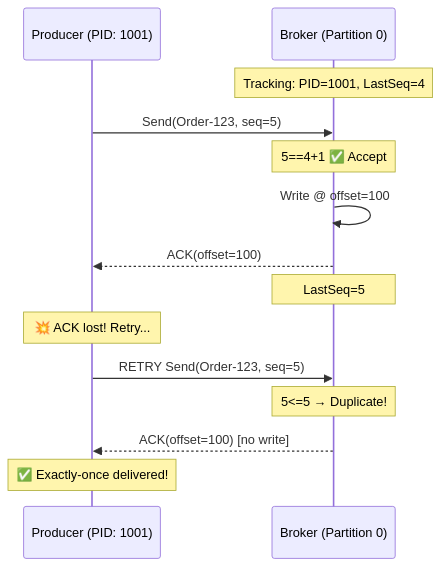
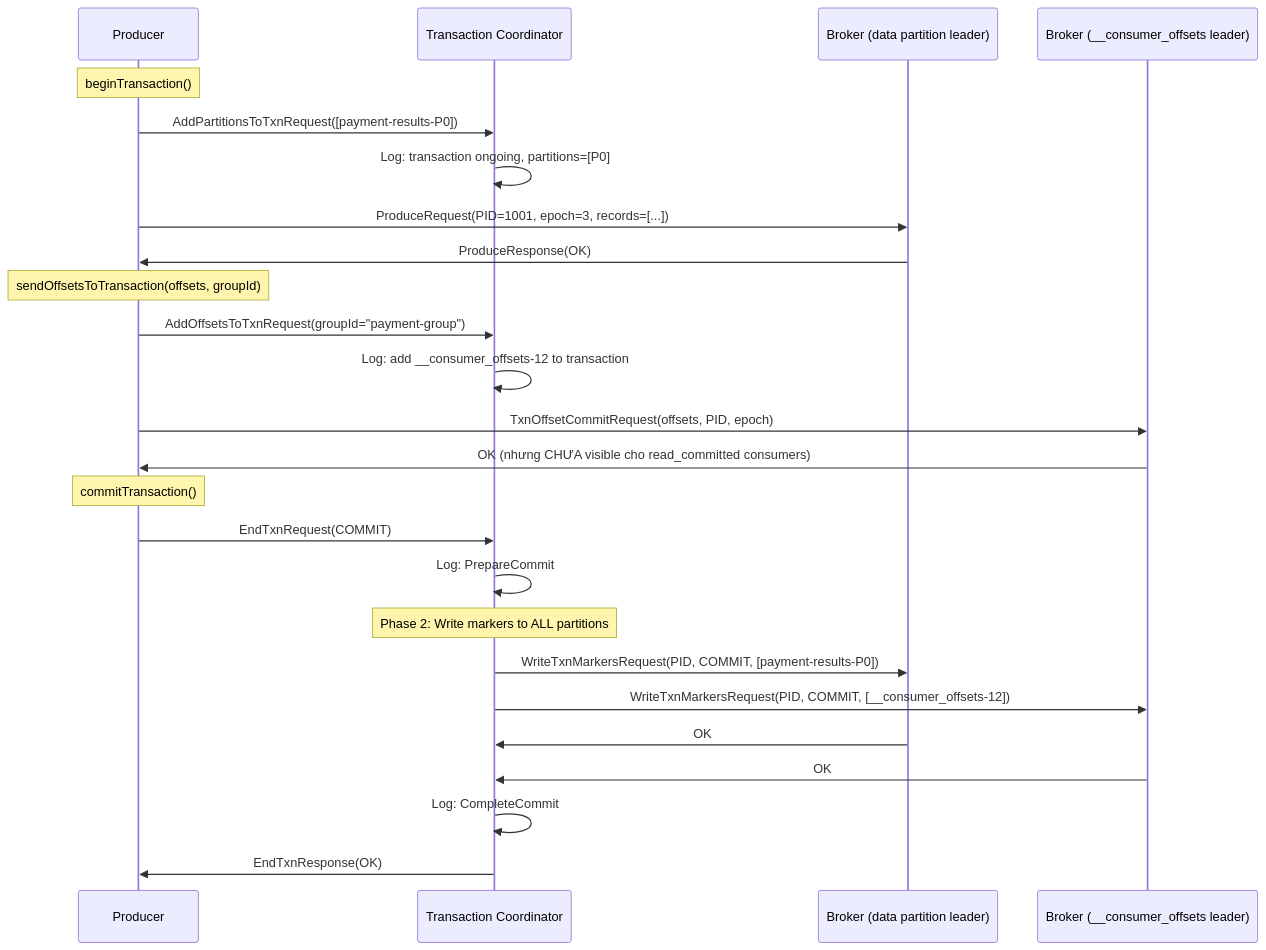
Before and after one commit to vanhiep99w/kafka-learn: the diagram in content/docs/producers-consumers/exactly-once.md, drawn with Mermaid. The commit also changed other lines of this file and 9 other files, not shown here.

````diff
--- a/content/docs/producers-consumers/exactly-once.md
+++ b/content/docs/producers-consumers/exactly-once.md
@@ -55,19 +170,34 @@
 ```mermaid
 sequenceDiagram
-    participant P as Producer (PID: 1001)
-    participant B as Broker (Partition 0)
+    participant P as Producer
+    participant TC as Transaction Coordinator
+    participant B1 as Broker (data partition leader)
+    participant B2 as Broker (__consumer_offsets leader)
 
-    Note over B: Tracking: PID=1001, LastSeq=4
-    P->>B: Send(Order-123, seq=5)
-    Note over B: 5==4+1 ✅ Accept
-    B->>B: Write @ offset=100
-    B-->>P: ACK(offset=100)
-    Note over B: LastSeq=5
+    Note over P: beginTransaction()
+    P->>TC: AddPartitionsToTxnRequest([payment-results-P0])
+    TC->>TC: Log: transaction ongoing, partitions=[P0]
 
-    Note over P: 💥 ACK lost! Retry...
-    P->>B: RETRY Send(Order-123, seq=5)
-    Note over B: 5<=5 → Duplicate!
-    B-->>P: ACK(offset=100) [no write]
+    P->>B1: ProduceRequest(PID=1001, epoch=3, records=[...])
+    B1->>P: ProduceResponse(OK)
 
-    Note over P: ✅ Exactly-once delivered!
+    Note over P: sendOffsetsToTransaction(offsets, groupId)
+    P->>TC: AddOffsetsToTxnRequest(groupId="payment-group")
+    TC->>TC: Log: add __consumer_offsets-12 to transaction
+
+    P->>B2: TxnOffsetCommitRequest(offsets, PID, epoch)
+    B2->>P: OK (nhưng CHƯA visible cho read_committed consumers)
+
+    Note over P: commitTransaction()
+    P->>TC: EndTxnRequest(COMMIT)
+    TC->>TC: Log: PrepareCommit
+
+    Note over TC: Phase 2: Write markers to ALL partitions
+    TC->>B1: WriteTxnMarkersRequest(PID, COMMIT, [payment-results-P0])
+    TC->>B2: WriteTxnMarkersRequest(PID, COMMIT, [__consumer_offsets-12])
+    B1->>TC: OK
+    B2->>TC: OK
+
+    TC->>TC: Log: CompleteCommit
+    TC->>P: EndTxnResponse(OK)
 ```
````
